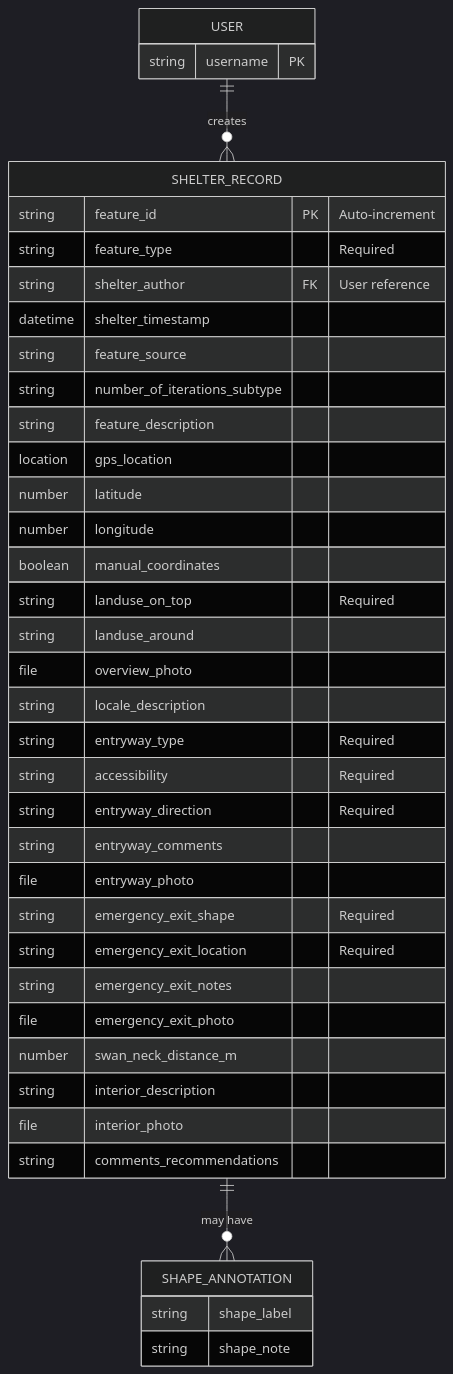
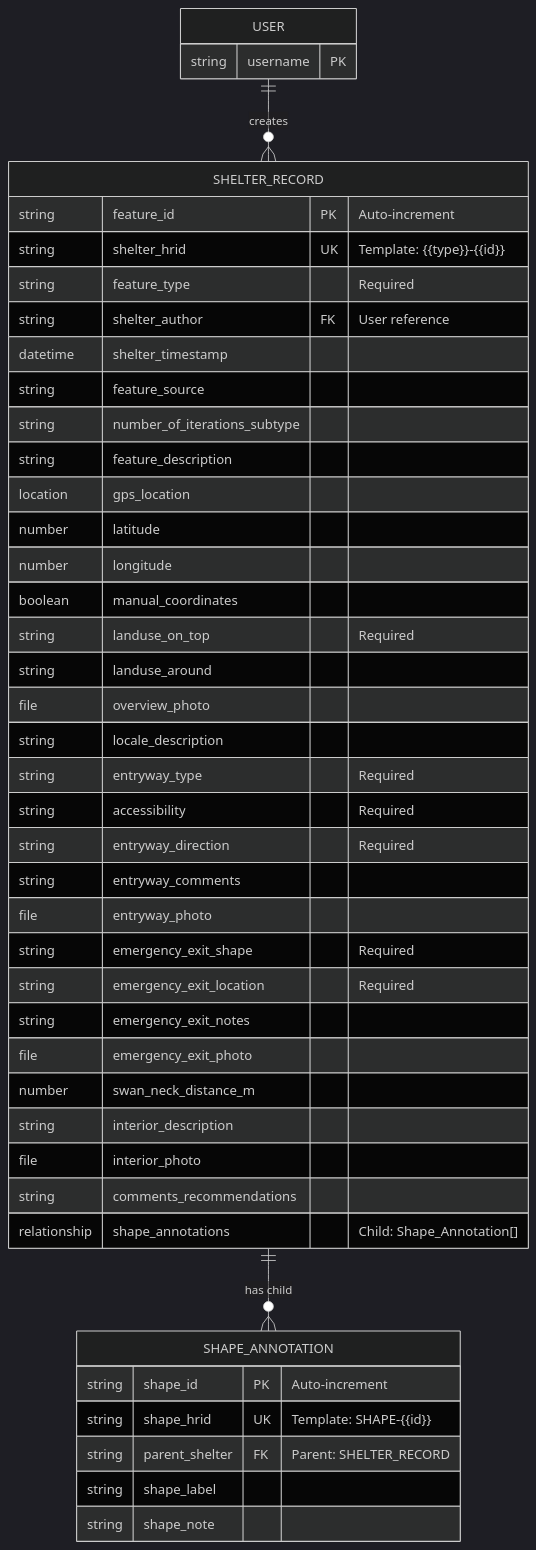
One commit to saross/FAIMS3 changed the diagram in Notebooks/JSON-definition-files/migrations/Aarhus-shelters/Aarhus-shelters-data-model.md. Above: the diagram before and after it, drawn with Mermaid (dark theme). The commit also changed other lines of this file and 13 other files, not shown here.

First line of the commit message:
feat: Add HRIDs and parent-child relationships to all notebooks

````diff
--- a/Notebooks/JSON-definition-files/migrations/Aarhus-shelters/Aarhus-shelters-data-model.md
+++ b/Notebooks/JSON-definition-files/migrations/Aarhus-shelters/Aarhus-shelters-data-model.md
@@ -117,45 +117,50 @@
 ```mermaid
 erDiagram
     SHELTER_RECORD {
         string feature_id PK "Auto-increment"
+        string shelter_hrid UK "Template: {{type}}-{{id}}"
         string feature_type "Required"
         string shelter_author FK "User reference"
         datetime shelter_timestamp
         string feature_source
         string number_of_iterations_subtype
         string feature_description
         location gps_location
         number latitude
         number longitude
         boolean manual_coordinates
         string landuse_on_top "Required"
         string landuse_around
         file overview_photo
         string locale_description
         string entryway_type "Required"
         string accessibility "Required"
         string entryway_direction "Required"
         string entryway_comments
         file entryway_photo
         string emergency_exit_shape "Required"
         string emergency_exit_location "Required"
         string emergency_exit_notes
         file emergency_exit_photo
         number swan_neck_distance_m
         string interior_description
         file interior_photo
         string comments_recommendations
+        relationship shape_annotations "Child: Shape_Annotation[]"
     }
     
     SHAPE_ANNOTATION {
+        string shape_id PK "Auto-increment"
+        string shape_hrid UK "Template: SHAPE-{{id}}"
+        string parent_shelter FK "Parent: SHELTER_RECORD"
         string shape_label
         string shape_note
     }
     
     USER {
         string username PK
     }
     
     USER ||--o{ SHELTER_RECORD : creates
-    SHELTER_RECORD ||--o{ SHAPE_ANNOTATION : "may have"
+    SHELTER_RECORD ||--o{ SHAPE_ANNOTATION : "has child"
 ```
````
